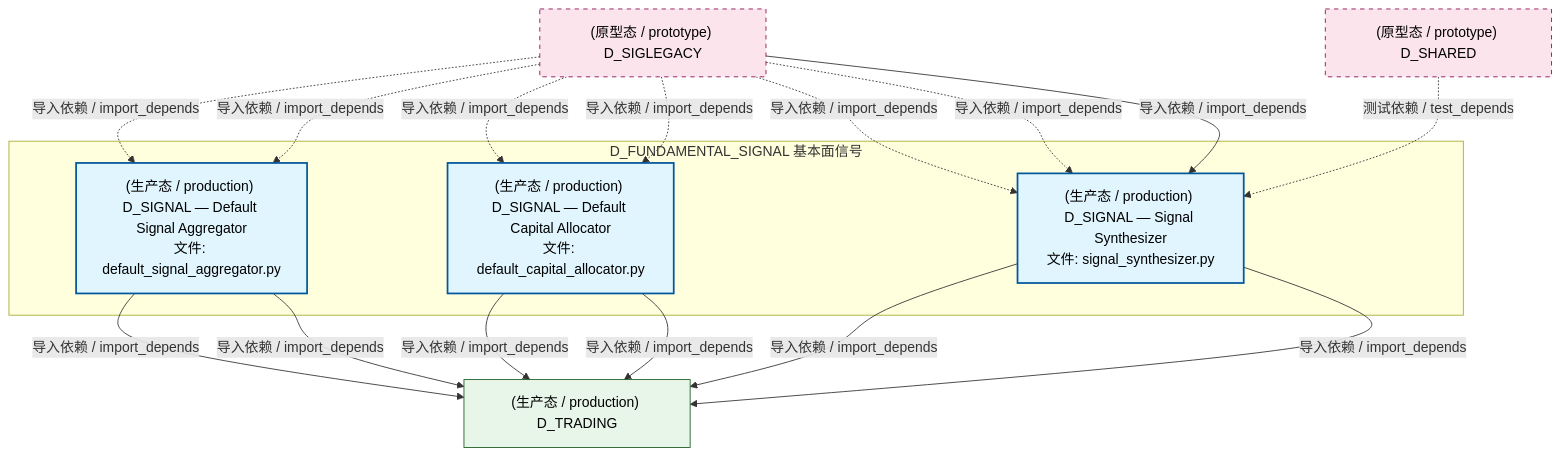
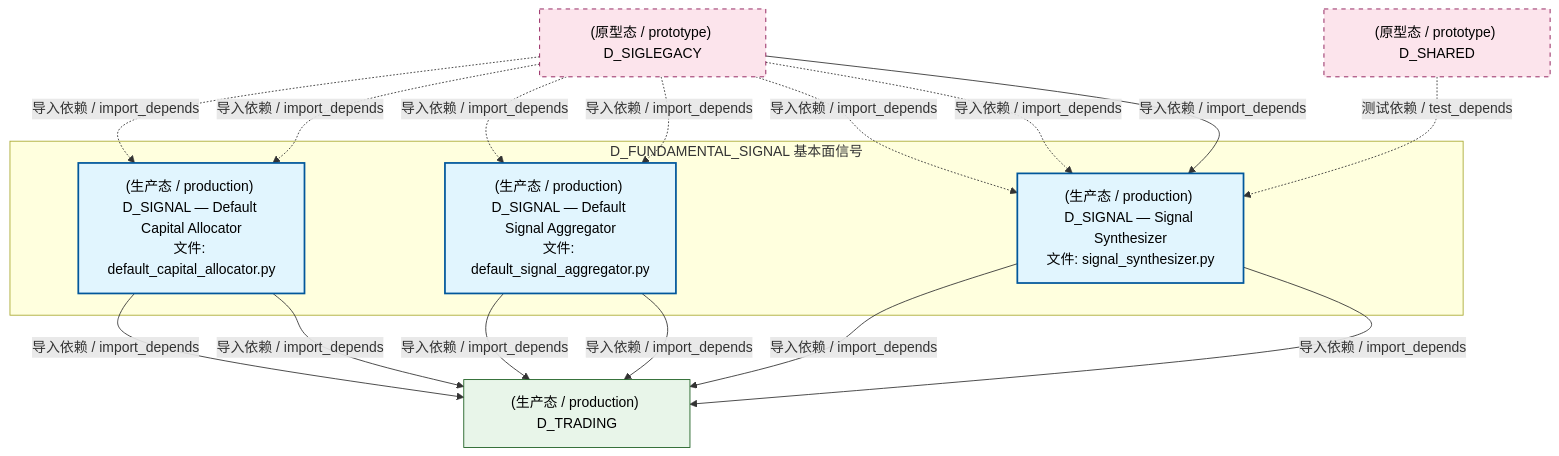
Before and after one commit to xuanFelixVan/ZephyrAlpha: the second of 4 diagrams in docs/02_enterprise_architecture/02_domain_architecture_docs/37_d_fundamental_signal.md, drawn with Mermaid. The commit also changed other lines of this file and 126 other files, not shown here.

````diff
--- a/docs/02_enterprise_architecture/02_domain_architecture_docs/37_d_fundamental_signal.md
+++ b/docs/02_enterprise_architecture/02_domain_architecture_docs/37_d_fundamental_signal.md
@@ -134,32 +134,32 @@
 ```mermaid
 graph TD
     subgraph D_FUNDAMENTAL_SIGNAL["D_FUNDAMENTAL_SIGNAL 基本面信号"]
         src_zephyr_signal_fundamental_gen_implementations_default_signal_aggregator_py["(生产态 / production) D_SIGNAL — Default Signal Aggregator<br/>文件: default_signal_aggregator.py"]
         src_zephyr_signal_fundamental_strategy_implementations_default_capital_allocator_py["(生产态 / production) D_SIGNAL — Default Capital Allocator<br/>文件: default_capital_allocator.py"]
         src_zephyr_signal_fundamental_synth_signal_synthesizer_py["(生产态 / production) D_SIGNAL — Signal Synthesizer<br/>文件: signal_synthesizer.py"]
     end
     D_TRADING["(生产态 / production) D_TRADING"]
     src_zephyr_signal_fundamental_gen_implementations_default_signal_aggregator_py -->|导入依赖 / import_depends| D_TRADING
+    src_zephyr_signal_fundamental_strategy_implementations_default_capital_allocator_py -->|导入依赖 / import_depends| D_TRADING
     src_zephyr_signal_fundamental_synth_signal_synthesizer_py -->|导入依赖 / import_depends| D_TRADING
     src_zephyr_signal_fundamental_strategy_implementations_default_capital_allocator_py -->|导入依赖 / import_depends| D_TRADING
-    src_zephyr_signal_fundamental_strategy_implementations_default_capital_allocator_py -->|导入依赖 / import_depends| D_TRADING
+    src_zephyr_signal_fundamental_synth_signal_synthesizer_py -->|导入依赖 / import_depends| D_TRADING
     src_zephyr_signal_fundamental_gen_implementations_default_signal_aggregator_py -->|导入依赖 / import_depends| D_TRADING
-    src_zephyr_signal_fundamental_synth_signal_synthesizer_py -->|导入依赖 / import_depends| D_TRADING
     D_SIGLEGACY["(原型态 / prototype) D_SIGLEGACY"]
+    D_SIGLEGACY -.->|导入依赖 / import_depends| src_zephyr_signal_fundamental_strategy_implementations_default_capital_allocator_py
+    D_SIGLEGACY -.->|导入依赖 / import_depends| src_zephyr_signal_fundamental_strategy_implementations_default_capital_allocator_py
     D_SIGLEGACY -.->|导入依赖 / import_depends| src_zephyr_signal_fundamental_gen_implementations_default_signal_aggregator_py
     D_SIGLEGACY -.->|导入依赖 / import_depends| src_zephyr_signal_fundamental_gen_implementations_default_signal_aggregator_py
-    D_SIGLEGACY -.->|导入依赖 / import_depends| src_zephyr_signal_fundamental_strategy_implementations_default_capital_allocator_py
-    D_SIGLEGACY -.->|导入依赖 / import_depends| src_zephyr_signal_fundamental_strategy_implementations_default_capital_allocator_py
     D_SIGLEGACY -.->|导入依赖 / import_depends| src_zephyr_signal_fundamental_synth_signal_synthesizer_py
     D_SIGLEGACY -.->|导入依赖 / import_depends| src_zephyr_signal_fundamental_synth_signal_synthesizer_py
     D_SIGLEGACY -->|导入依赖 / import_depends| src_zephyr_signal_fundamental_synth_signal_synthesizer_py
     D_SHARED["(原型态 / prototype) D_SHARED"]
     D_SHARED -.->|测试依赖 / test_depends| src_zephyr_signal_fundamental_synth_signal_synthesizer_py
     classDef production fill:#e1f5fe,stroke:#01579b,stroke-width:2px,color:#000
     classDef design fill:#fff3e0,stroke:#e65100,stroke-width:2px,color:#000,stroke-dasharray: 5 5
     classDef external_prod fill:#e8f5e9,stroke:#1b5e20,stroke-width:1px,color:#000
     classDef external_design fill:#fce4ec,stroke:#880e4f,stroke-width:1px,color:#000,stroke-dasharray: 5 5
     class src_zephyr_signal_fundamental_gen_implementations_default_signal_aggregator_py,src_zephyr_signal_fundamental_strategy_implementations_default_capital_allocator_py,src_zephyr_signal_fundamental_synth_signal_synthesizer_py production
     class D_TRADING external_prod
     class D_SIGLEGACY,D_SHARED external_design
 ```
````
